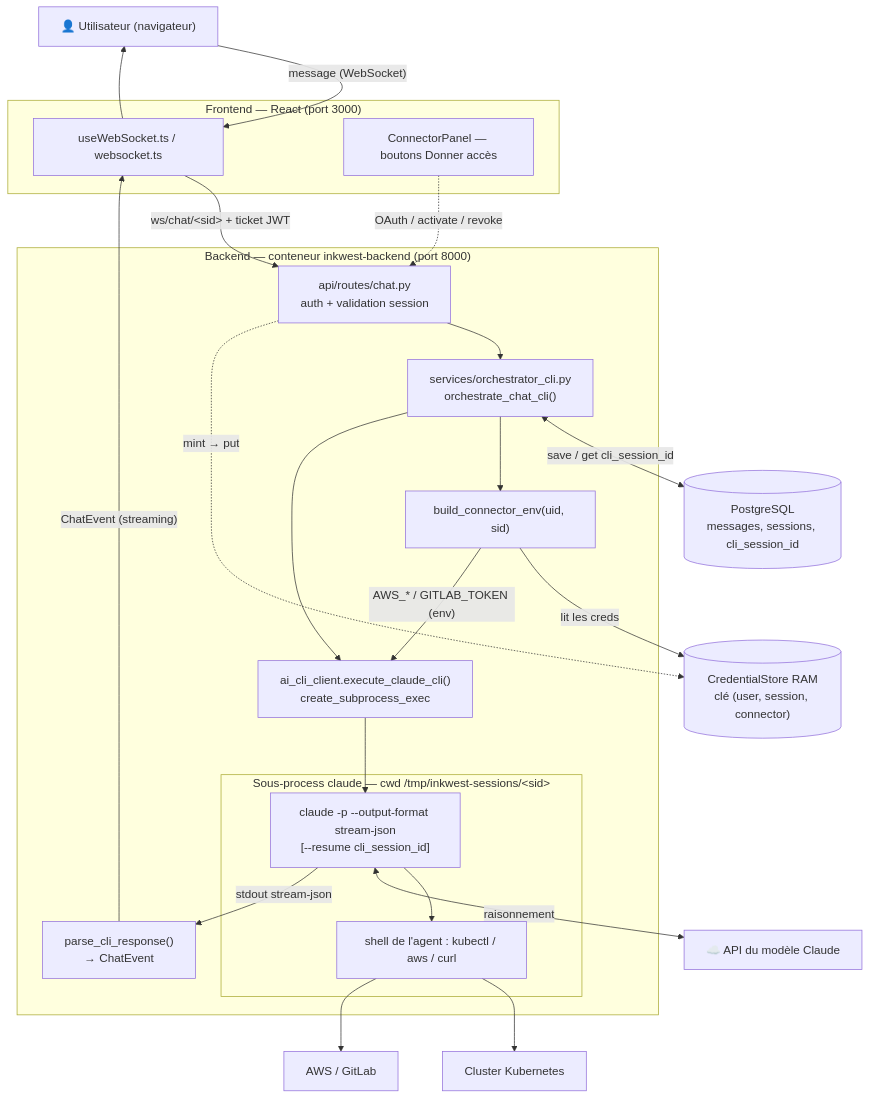
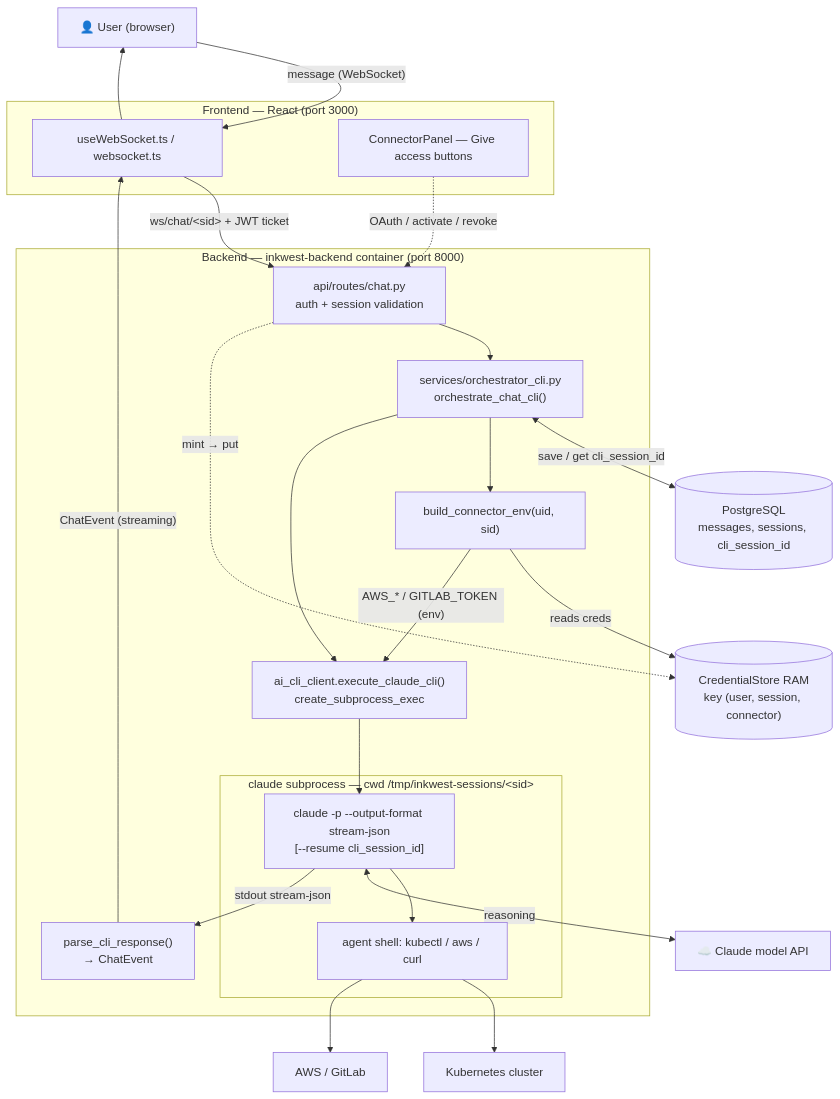
The first of 4 diagrams in docs/ARCHITECTURE_FLOW.md (inkwest/inkwest), drawn with Mermaid before and after one commit. The commit also changed other lines of this file and 6 other files, not shown here.

````diff
--- a/docs/ARCHITECTURE_FLOW.md
+++ b/docs/ARCHITECTURE_FLOW.md
@@ -9,47 +9,47 @@
 ```mermaid
 flowchart TD
-    U["👤 Utilisateur (navigateur)"]
+    U["👤 User (browser)"]
 
     subgraph FE["Frontend — React (port 3000)"]
       WSHOOK["useWebSocket.ts / websocket.ts"]
-      PANEL["ConnectorPanel — boutons Donner accès"]
+      PANEL["ConnectorPanel — Give access buttons"]
     end
 
-    subgraph BE["Backend — conteneur inkwest-backend (port 8000)"]
-      CHAT["api/routes/chat.py<br/>auth + validation session"]
+    subgraph BE["Backend — inkwest-backend container (port 8000)"]
+      CHAT["api/routes/chat.py<br/>auth + session validation"]
       ORCH["services/orchestrator_cli.py<br/>orchestrate_chat_cli()"]
       ENVB["build_connector_env(uid, sid)"]
       CLI["ai_cli_client.execute_claude_cli()<br/>create_subprocess_exec"]
       PARSE["parse_cli_response()<br/>→ ChatEvent"]
-      subgraph SUB["Sous-process claude — cwd /tmp/inkwest-sessions/&lt;sid&gt;"]
+      subgraph SUB["claude subprocess — cwd /tmp/inkwest-sessions/&lt;sid&gt;"]
         CLAUDE["claude -p --output-format stream-json<br/>[--resume cli_session_id]"]
-        SHELL["shell de l'agent : kubectl / aws / curl"]
+        SHELL["agent shell: kubectl / aws / curl"]
       end
     end
 
-    STORE[("CredentialStore RAM<br/>clé (user, session, connector)")]
+    STORE[("CredentialStore RAM<br/>key (user, session, connector)")]
     DB[("PostgreSQL<br/>messages, sessions, cli_session_id")]
-    MODEL["☁️ API du modèle Claude"]
-    K8S["Cluster Kubernetes"]
+    MODEL["☁️ Claude model API"]
+    K8S["Kubernetes cluster"]
     EXT["AWS / GitLab"]
 
     U -->|"message (WebSocket)"| WSHOOK
-    WSHOOK -->|"ws/chat/&lt;sid&gt; + ticket JWT"| CHAT
+    WSHOOK -->|"ws/chat/&lt;sid&gt; + JWT ticket"| CHAT
     CHAT --> ORCH
     ORCH <-->|"save / get cli_session_id"| DB
     ORCH --> ENVB
-    ENVB -->|"lit les creds"| STORE
+    ENVB -->|"reads creds"| STORE
     ENVB -->|"AWS_* / GITLAB_TOKEN (env)"| CLI
     ORCH --> CLI
     CLI --> CLAUDE
     CLAUDE --> SHELL
     SHELL --> K8S
     SHELL --> EXT
-    CLAUDE <-->|"raisonnement"| MODEL
+    CLAUDE <-->|"reasoning"| MODEL
     CLAUDE -->|"stdout stream-json"| PARSE
     PARSE -->|"ChatEvent (streaming)"| WSHOOK
     WSHOOK --> U
 
     PANEL -.->|"OAuth / activate / revoke"| CHAT
     CHAT -.->|"mint → put"| STORE
 ```
````
